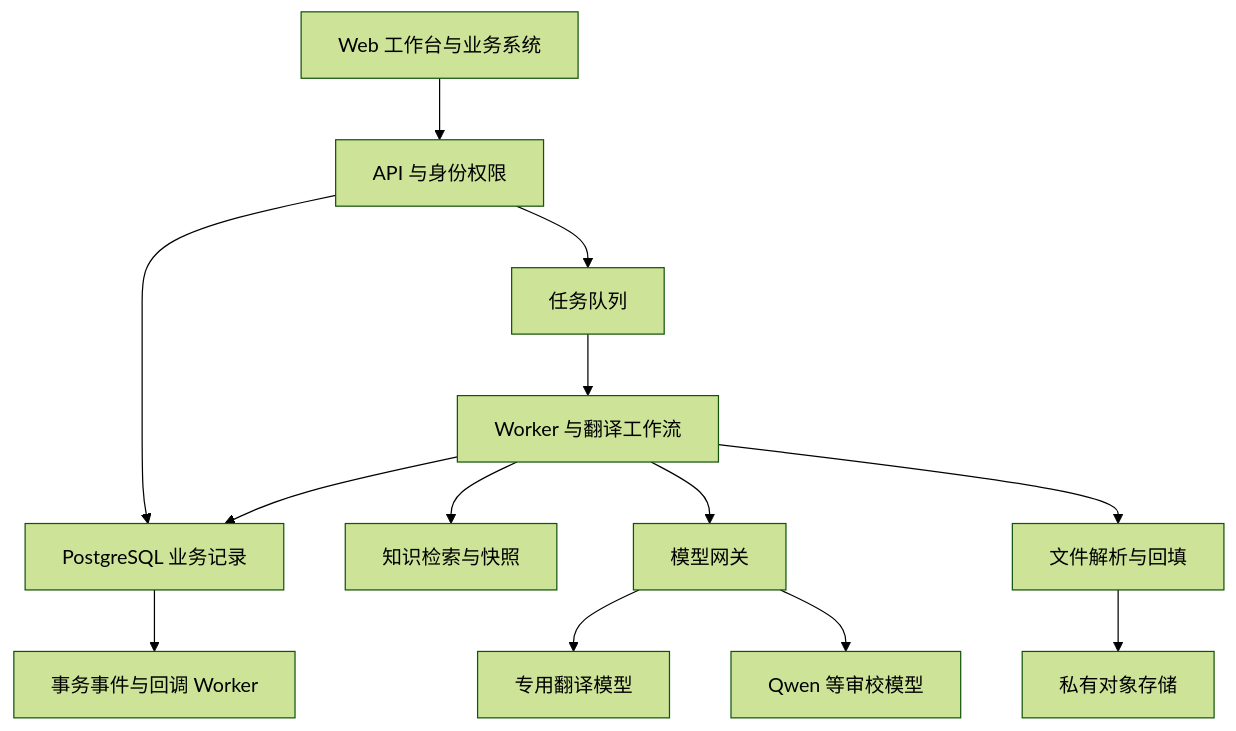
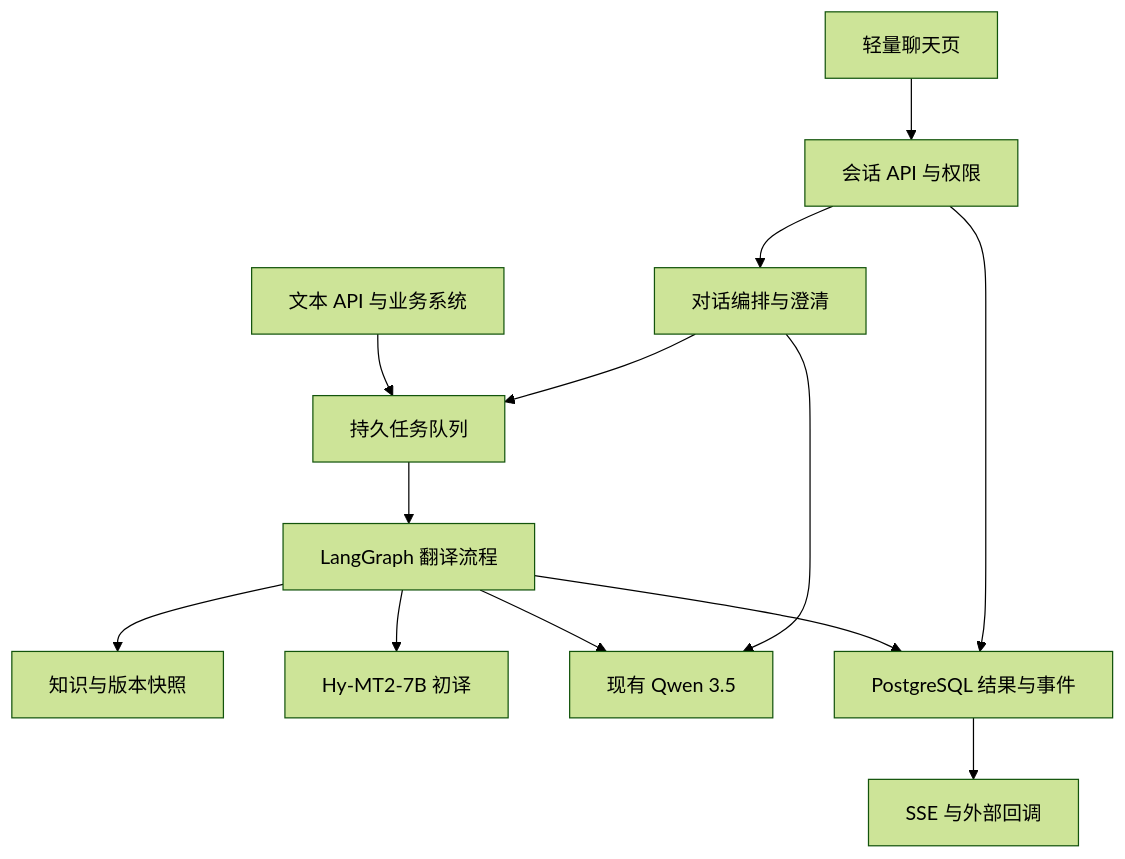
One commit to xzhencheng/aifanyi changed the first of 2 diagrams in docs/technical-design.md. Above: the diagram before and after it, drawn with Mermaid (forest theme). The commit also changed other lines of this file and 5 other files, not shown here.

````diff
--- a/docs/technical-design.md
+++ b/docs/technical-design.md
@@ -53,15 +54,15 @@
 ```mermaid
 flowchart TD
-    U["Web 工作台与业务系统"] --> A["API 与身份权限"]
-    A --> DB["PostgreSQL 业务记录"]
-    A --> Q["任务队列"]
-    Q --> W["Worker 与翻译工作流"]
-    W --> K["知识检索与快照"]
-    W --> G["模型网关"]
-    G --> T["专用翻译模型"]
-    G --> R["Qwen 等审校模型"]
-    W --> F["文件解析与回填"]
-    F --> O["私有对象存储"]
-    W --> DB
-    DB --> C["事务事件与回调 Worker"]
+    U["轻量聊天页"] --> A["会话 API 与权限"]
+    A --> D["对话编排与澄清"]
+    B["文本 API 与业务系统"] --> Q["持久任务队列"]
+    D --> Q
+    Q --> W["LangGraph 翻译流程"]
+    W --> K["知识与版本快照"]
+    W --> H["Hy-MT2-7B 初译"]
+    W --> R["现有 Qwen 3.5"]
+    D --> R
+    W --> DB["PostgreSQL 结果与事件"]
+    A --> DB
+    DB --> E["SSE 与外部回调"]
 ```
````
